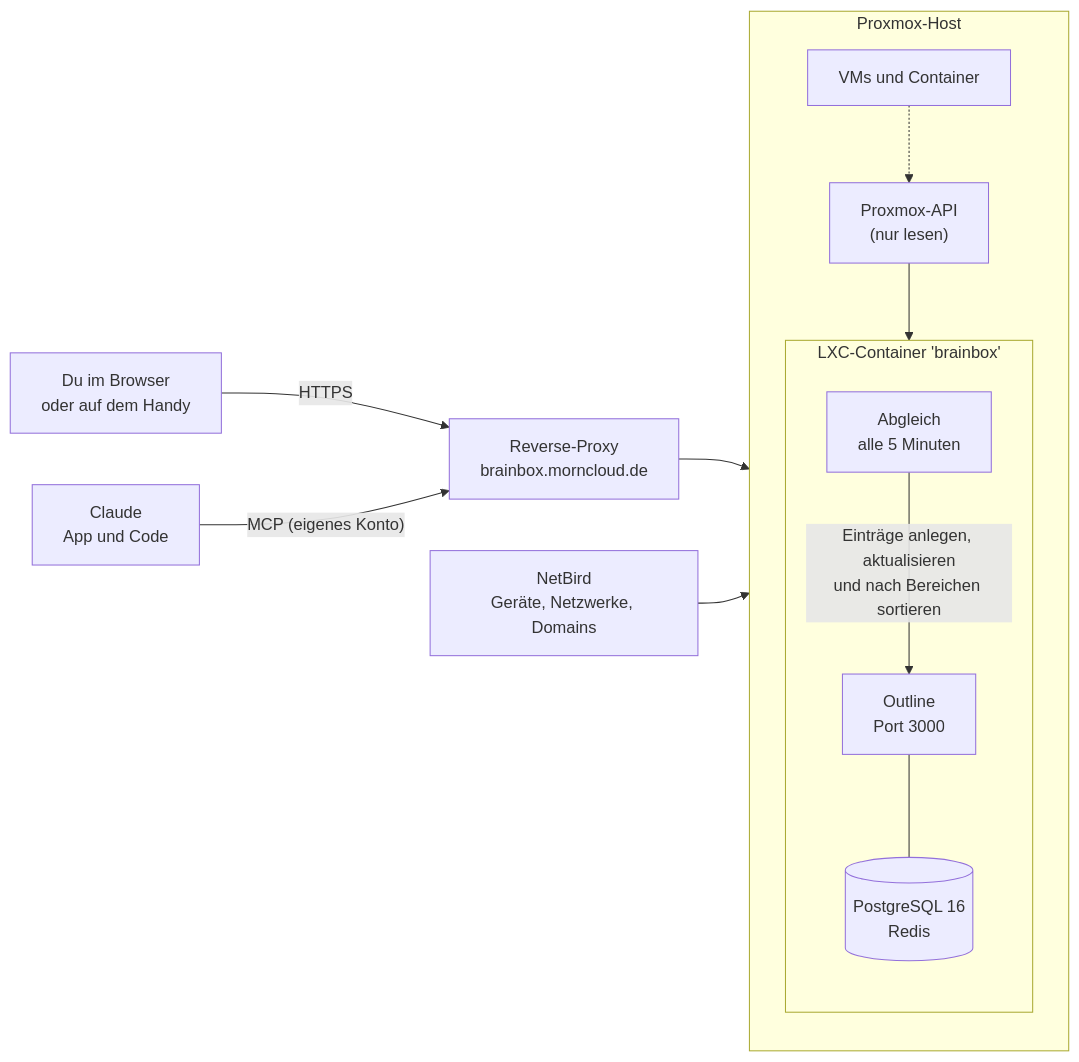
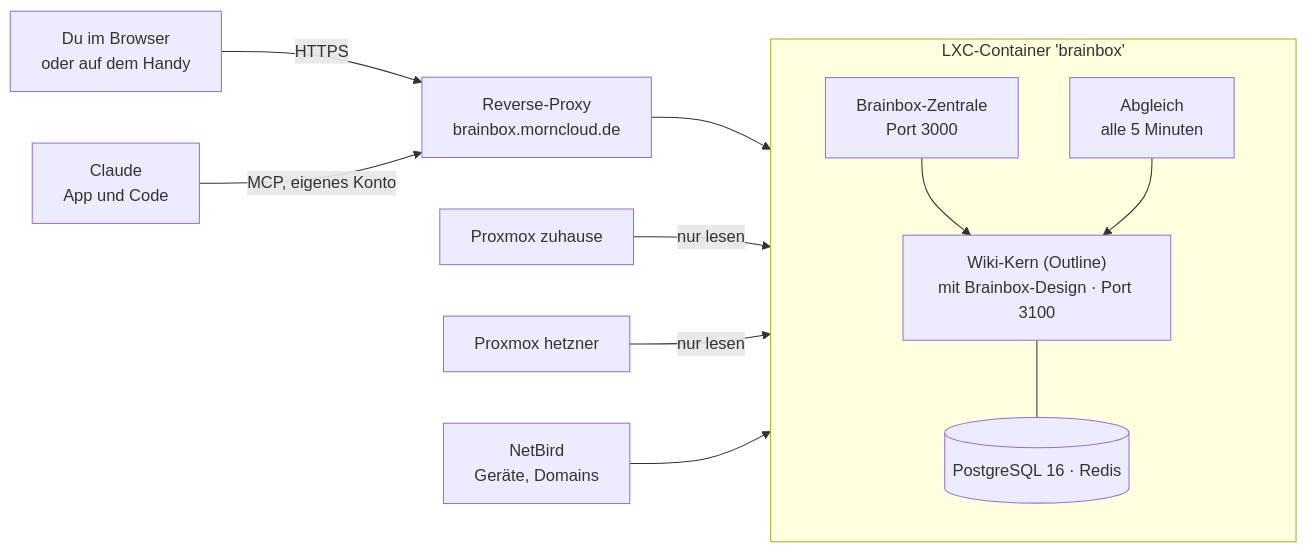
One commit to pmornhart/Brainbox changed the diagram in README.md. Above: the diagram before and after it, drawn with Mermaid. The commit also changed other lines of this file and 46 other files, not shown here.

First line of the commit message:
Brainbox 1.0.0: eigenes Gesicht, Zentrale, mehrere Proxmox-Server, Update-Symbol

````diff
--- a/README.md
+++ b/README.md
@@ -87,26 +219,15 @@
 ```mermaid
 flowchart LR
-  subgraph PVE["Proxmox-Host"]
+  U["Du im Browser<br/>oder auf dem Handy"] -- HTTPS --> RP["Reverse-Proxy<br/>brainbox.morncloud.de"]
+  C["Claude<br/>App und Code"] -- "MCP, eigenes Konto" --> RP
+  RP --> Z
+  subgraph CT["LXC-Container 'brainbox'"]
     direction TB
-    API["Proxmox-API<br/>(nur lesen)"]
-    subgraph CT["LXC-Container 'brainbox'"]
-      direction TB
-      OL["Outline<br/>Port 3000"]
-      DB[("PostgreSQL 16<br/>Redis")]
-      SY["Abgleich<br/>alle 5 Minuten"]
-    end
-    VMs["VMs und Container"]
+    Z["Brainbox-Zentrale<br/>Port 3000"] --> K["Wiki-Kern (Outline)<br/>mit Brainbox-Design · Port 3100"]
+    K --- DB[("PostgreSQL 16 · Redis")]
+    S["Abgleich<br/>alle 5 Minuten"] --> K
   end
-  RP["Reverse-Proxy<br/>brainbox.morncloud.de"]
-  U["Du im Browser<br/>oder auf dem Handy"]
-  C["Claude<br/>App und Code"]
-  NB["NetBird<br/>Geräte, Netzwerke, Domains"]
-
-  U -- HTTPS --> RP --> OL
-  C -- "MCP (eigenes Konto)" --> RP
-  OL --- DB
-  VMs -.-> API
-  API --> SY
-  NB --> SY
-  SY -- "Einträge anlegen, aktualisieren<br/>und nach Bereichen sortieren" --> OL
+  P1["Proxmox zuhause"] -- "nur lesen" --> S
+  P2["Proxmox hetzner"] -- "nur lesen" --> S
+  NB["NetBird<br/>Geräte, Domains"] --> S
 ```
````
